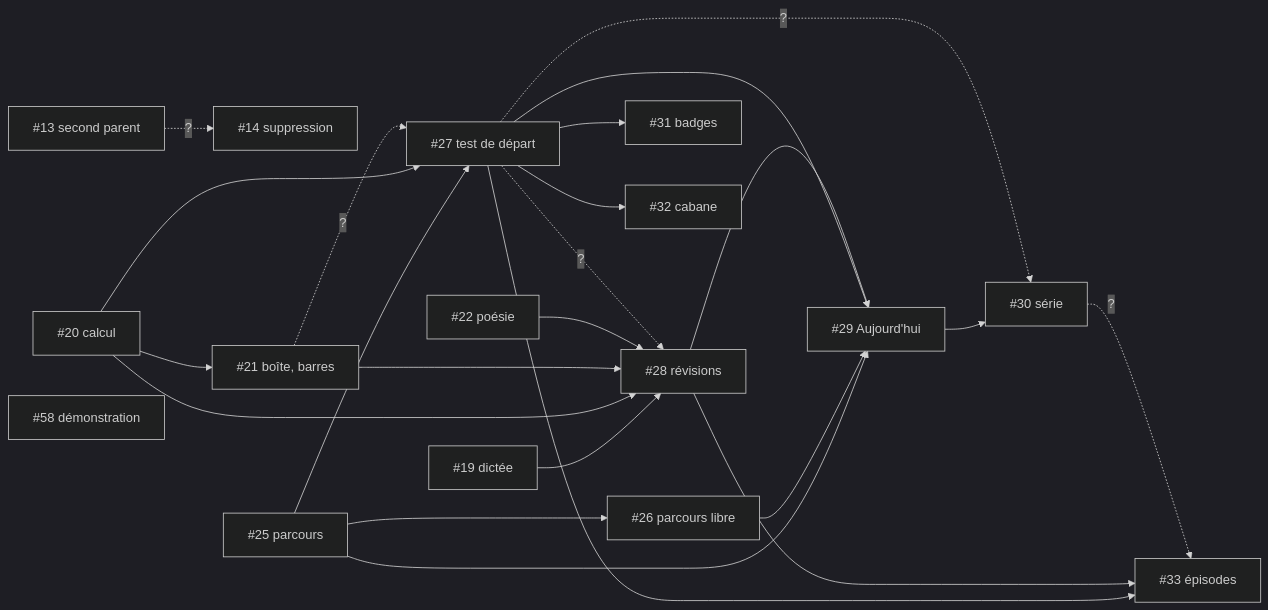
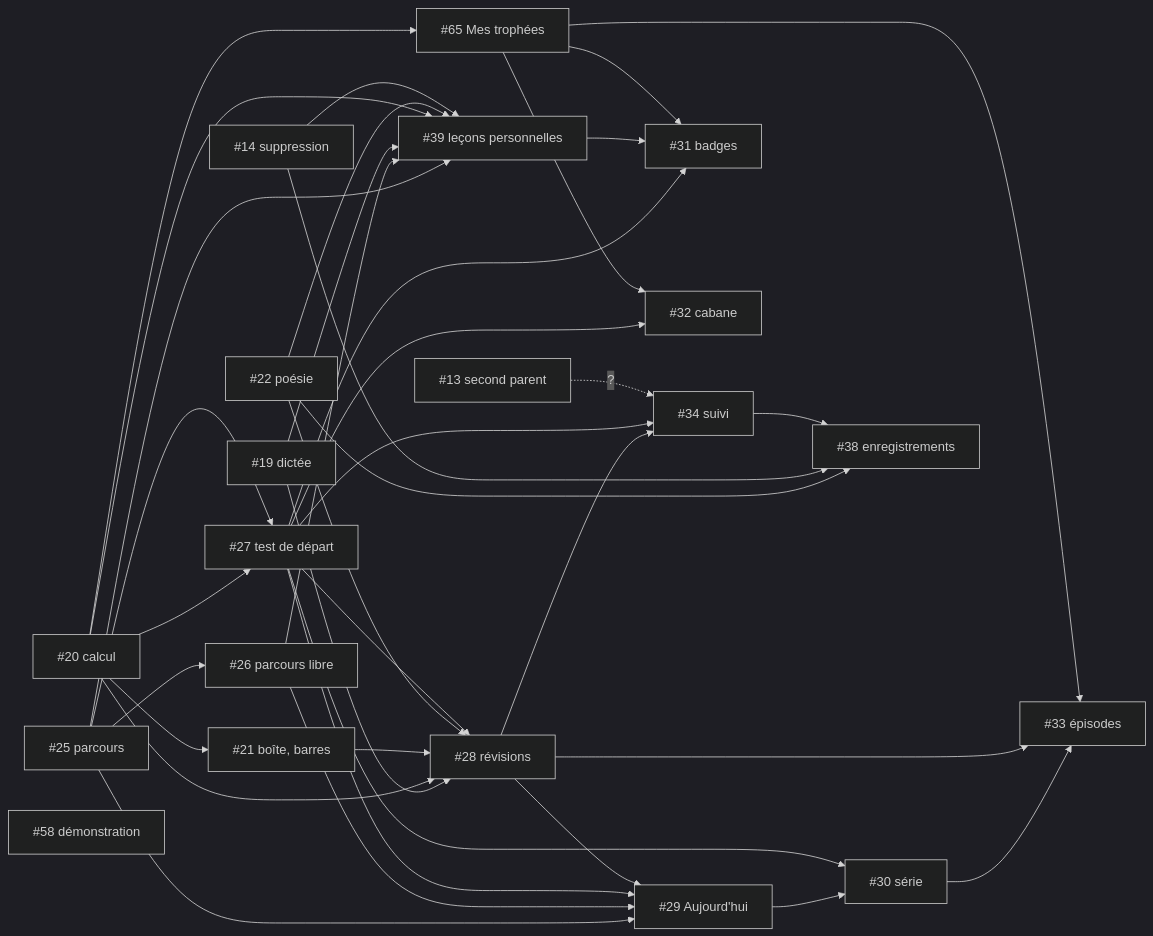
Before and after one commit to SBA-dev/github-move: the diagram in docs/graphe/stories.md, drawn with Mermaid (dark theme). The commit also changed other lines of this file and 2 other files, not shown here.

First line of the commit message:
docs: graphe corrigé avec les réponses du PO, #39, #38 et #65 dans la beta

````diff
--- a/docs/graphe/stories.md
+++ b/docs/graphe/stories.md
@@ -52,26 +62,40 @@
 ```mermaid
 graph LR
-  13[#13 second parent] -.?.-> 14[#14 suppression]
   20[#20 calcul] --> 21[#21 boîte, barres]
+  20 --> 27[#27 test de départ]
+  20 --> 65[#65 Mes trophées]
   25[#25 parcours] --> 26[#26 parcours libre]
-  25 --> 27[#27 test de départ]
-  20 --> 27
-  21 -.?.-> 27
+  25 --> 27
   19[#19 dictée] --> 28[#28 révisions]
   20 --> 28
   21 --> 28
   22[#22 poésie] --> 28
-  27 -.?.-> 28
+  27 --> 28
+  25 --> 39[#39 leçons personnelles]
+  26 --> 39
+  19 --> 39
+  20 --> 39
+  22 --> 39
+  14[#14 suppression] --> 39
+  27 --> 32[#32 cabane]
+  65 --> 32
   27 --> 31[#31 badges]
-  27 --> 32[#32 cabane]
+  39 --> 31
+  65 --> 31
   25 --> 29[#29 Aujourd'hui]
   26 --> 29
   27 --> 29
   28 --> 29
+  28 --> 34[#34 suivi]
+  27 --> 34
+  13[#13 second parent] -.?.-> 34
+  22 --> 38[#38 enregistrements]
+  14 --> 38
+  34 --> 38
   29 --> 30[#30 série]
-  27 -.?.-> 30
-  27 --> 33[#33 épisodes]
+  27 --> 30
+  30 --> 33[#33 épisodes]
   28 --> 33
-  30 -.?.-> 33
+  65 --> 33
   58[#58 démonstration]
 ```
````
